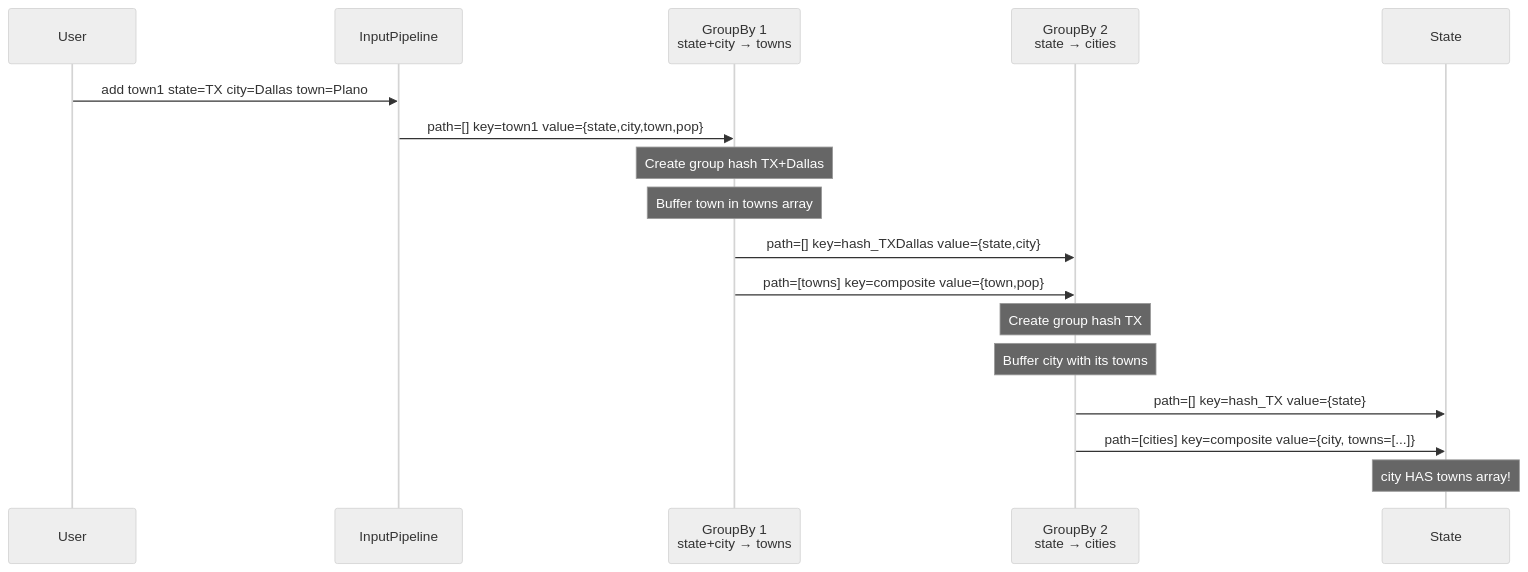
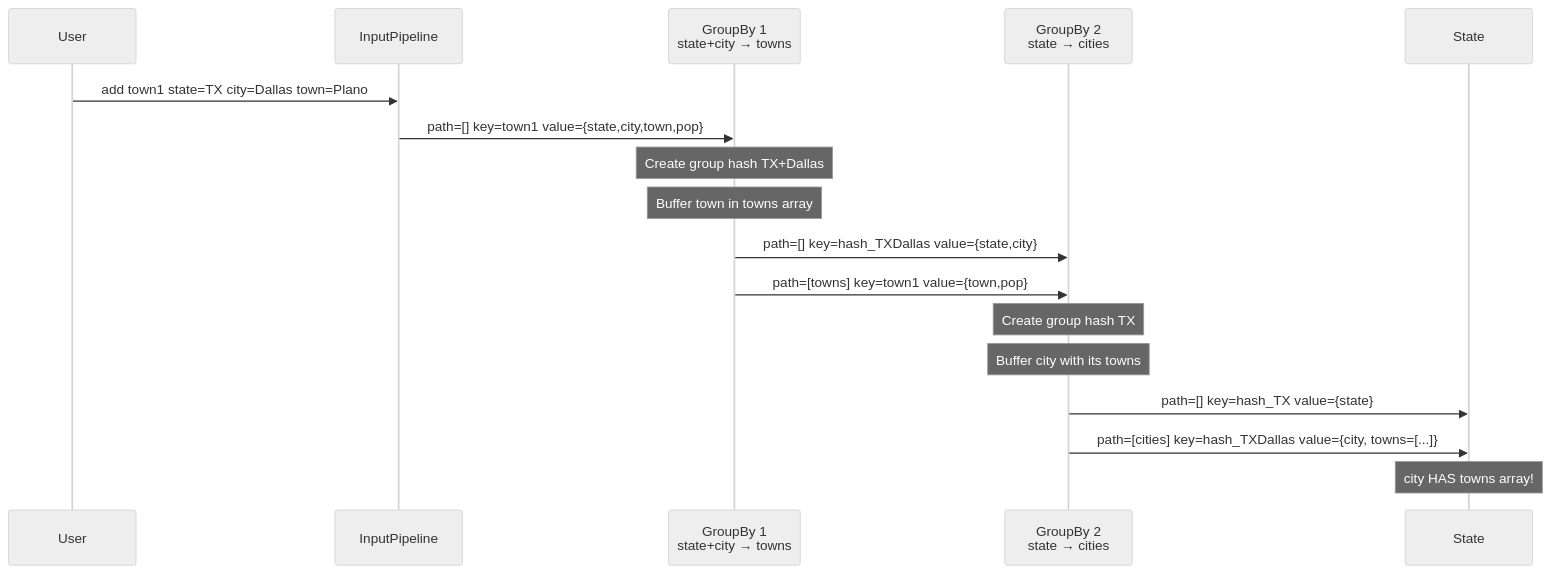
Before and after one commit to michaellperry/aggregator-toy: the third of 6 diagrams in docs/nested-groupby-architecture.md, drawn with Mermaid (neutral theme). The commit also changed other lines of this file and 3 other files, not shown here.

````diff
--- a/docs/nested-groupby-architecture.md
+++ b/docs/nested-groupby-architecture.md
@@ -161,24 +161,24 @@
 ```mermaid
 sequenceDiagram
     participant User
     participant Input as InputPipeline
     participant GB1 as GroupBy 1<br/>state+city → towns
     participant GB2 as GroupBy 2<br/>state → cities
     participant State
 
     User->>Input: add town1 state=TX city=Dallas town=Plano
     Input->>GB1: path=[] key=town1 value={state,city,town,pop}
     
     Note over GB1: Create group hash TX+Dallas
     Note over GB1: Buffer town in towns array
     
     GB1->>GB2: path=[] key=hash_TXDallas value={state,city}
-    GB1->>GB2: path=[towns] key=composite value={town,pop}
+    GB1->>GB2: path=[towns] key=town1 value={town,pop}
     
     Note over GB2: Create group hash TX
     Note over GB2: Buffer city with its towns
     
     GB2->>State: path=[] key=hash_TX value={state}
-    GB2->>State: path=[cities] key=composite value={city, towns=[...]}
+    GB2->>State: path=[cities] key=hash_TXDallas value={city, towns=[...]}
     Note over State: city HAS towns array!
 ```
````
